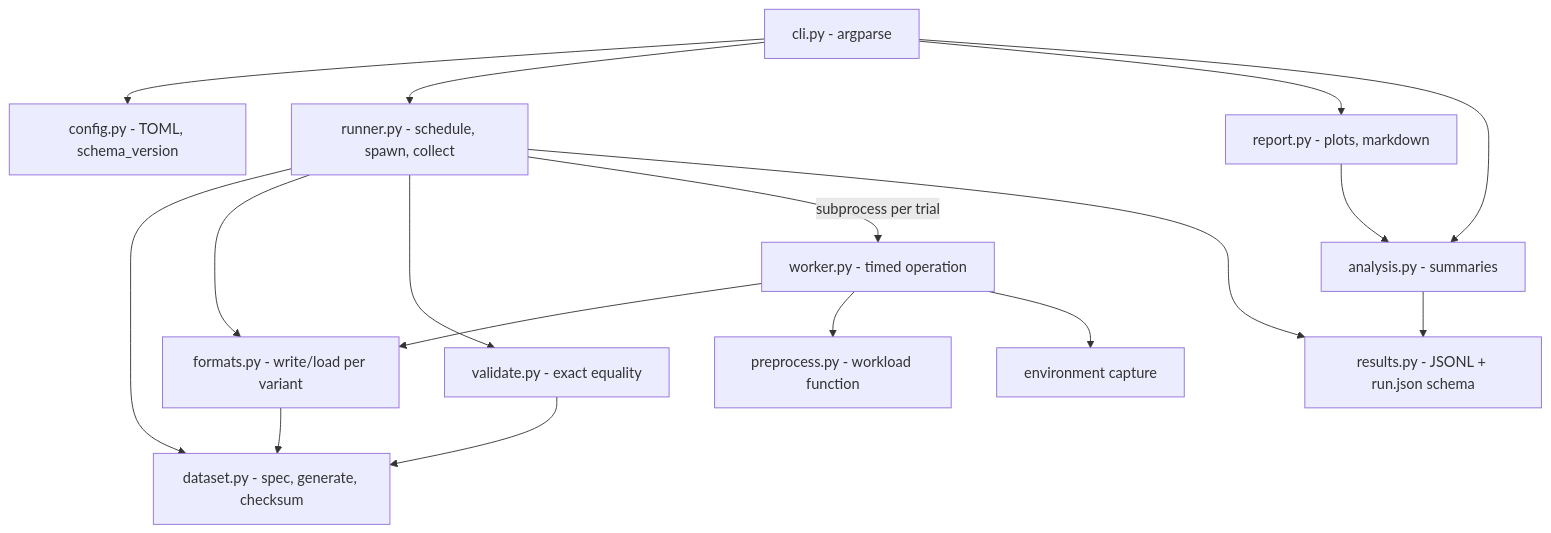
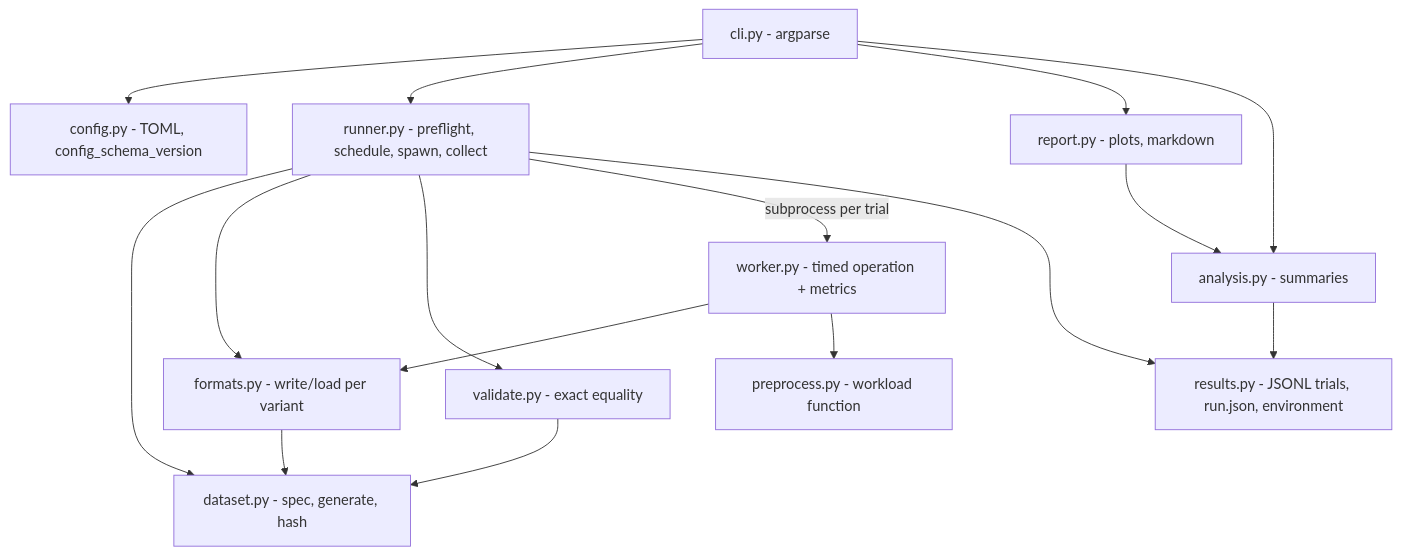
The first of 2 diagrams in docs/architecture/PROPOSAL.md (vishnu97770/Scientific_Data_Performance_Lab), drawn with Mermaid before and after one commit. The commit also changed other lines of this file and 97 other files, not shown here.

````diff
--- a/docs/architecture/PROPOSAL.md
+++ b/docs/architecture/PROPOSAL.md
@@ -47,19 +55,18 @@
 ```mermaid
 flowchart TD
-    CLI[cli.py - argparse] --> CFG[config.py - TOML, schema_version]
-    CLI --> RUN[runner.py - schedule, spawn, collect]
+    CLI[cli.py - argparse] --> CFG[config.py - TOML, config_schema_version]
+    CLI --> RUN[runner.py - preflight, schedule, spawn, collect]
     CLI --> REP[report.py - plots, markdown]
     CLI --> ANA[analysis.py - summaries]
-    RUN --> DS[dataset.py - spec, generate, checksum]
+    RUN --> DS[dataset.py - spec, generate, hash]
     RUN --> FMT[formats.py - write/load per variant]
     RUN --> VAL[validate.py - exact equality]
-    RUN -->|subprocess per trial| WRK[worker.py - timed operation]
+    RUN -->|subprocess per trial| WRK[worker.py - timed operation + metrics]
     WRK --> FMT
     WRK --> PRE[preprocess.py - workload function]
-    WRK --> ENV[environment capture]
     FMT --> DS
     VAL --> DS
-    RUN --> RES[results.py - JSONL + run.json schema]
+    RUN --> RES[results.py - JSONL trials, run.json, environment]
     ANA --> RES
     REP --> ANA
 ```
````
